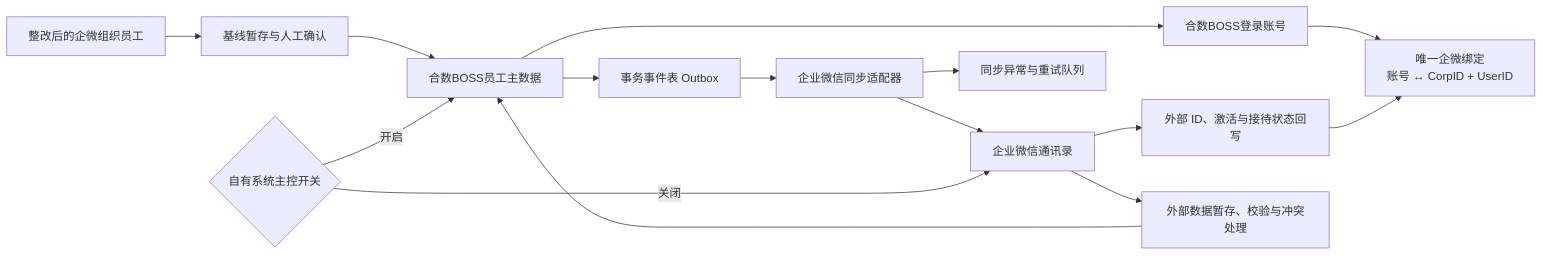
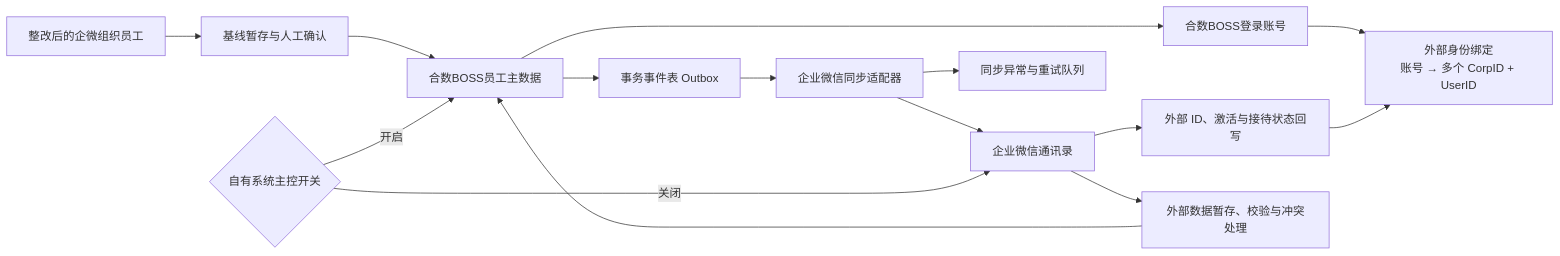
The sixth of 8 diagrams in docs/authoritative/合数BOSS V1.0产品需求总文档.md (freya-pr/heshu-boss-demo), drawn with Mermaid before and after one commit. The commit also changed other lines of this file and 32 other files, not shown here.

````diff
--- a/docs/authoritative/合数BOSS V1.0产品需求总文档.md
+++ b/docs/authoritative/合数BOSS V1.0产品需求总文档.md
@@ -743,18 +764,18 @@
 ```mermaid
 flowchart LR
     WECOM_BASE["整改后的企微组织员工"] --> STAGE["基线暂存与人工确认"]
     STAGE --> OWN["合数BOSS员工主数据"]
     OWN --> ACCOUNT["合数BOSS登录账号"]
-    ACCOUNT --> BINDING["唯一企微绑定<br/>账号 ↔ CorpID + UserID"]
+    ACCOUNT --> BINDING["外部身份绑定<br/>账号 → 多个 CorpID + UserID"]
     SWITCH{"自有系统主控开关"}
     SWITCH -->|"开启"| OWN
     OWN --> OUT["事务事件表 Outbox"]
     OUT --> WX["企业微信同步适配器"]
     WX --> WECOM["企业微信通讯录"]
     WECOM --> RESULT["外部 ID、激活与接待状态回写"]
     RESULT --> BINDING
     SWITCH -->|"关闭"| WECOM
     WECOM --> INBOUND["外部数据暂存、校验与冲突处理"]
     INBOUND --> OWN
     WX --> ERR["同步异常与重试队列"]
 ```
````
